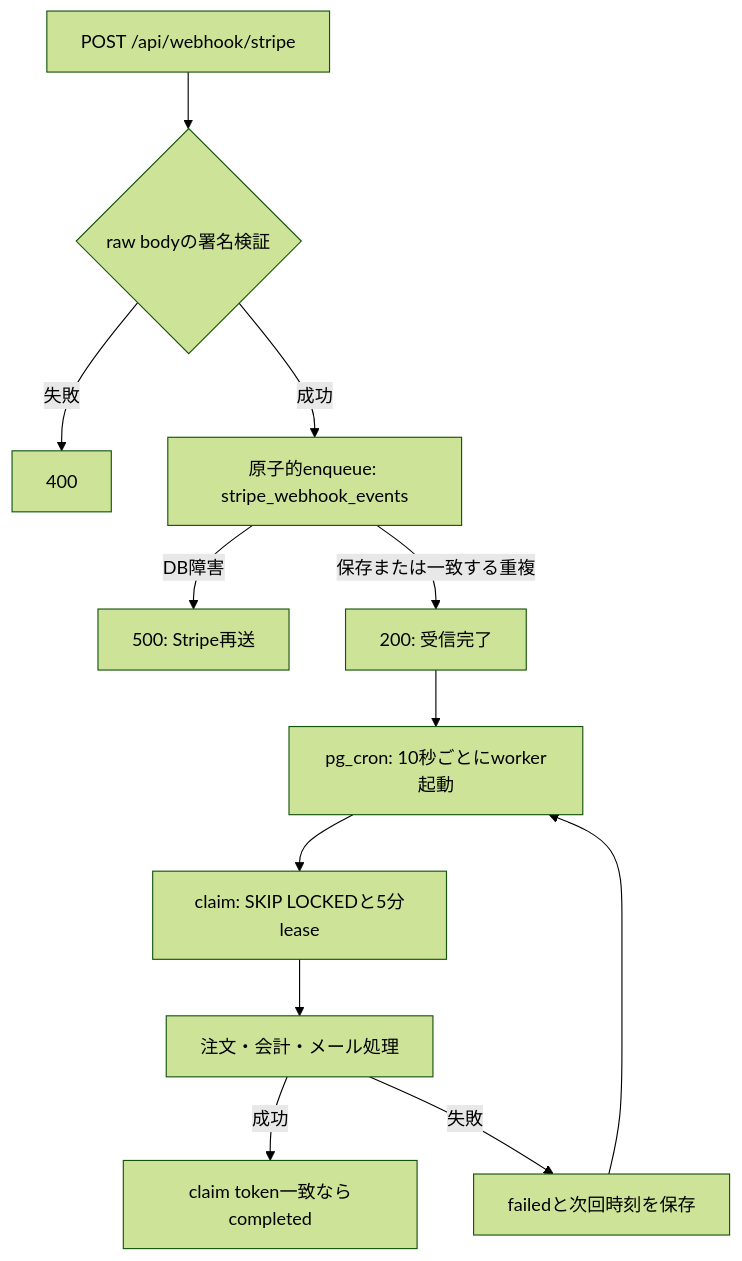
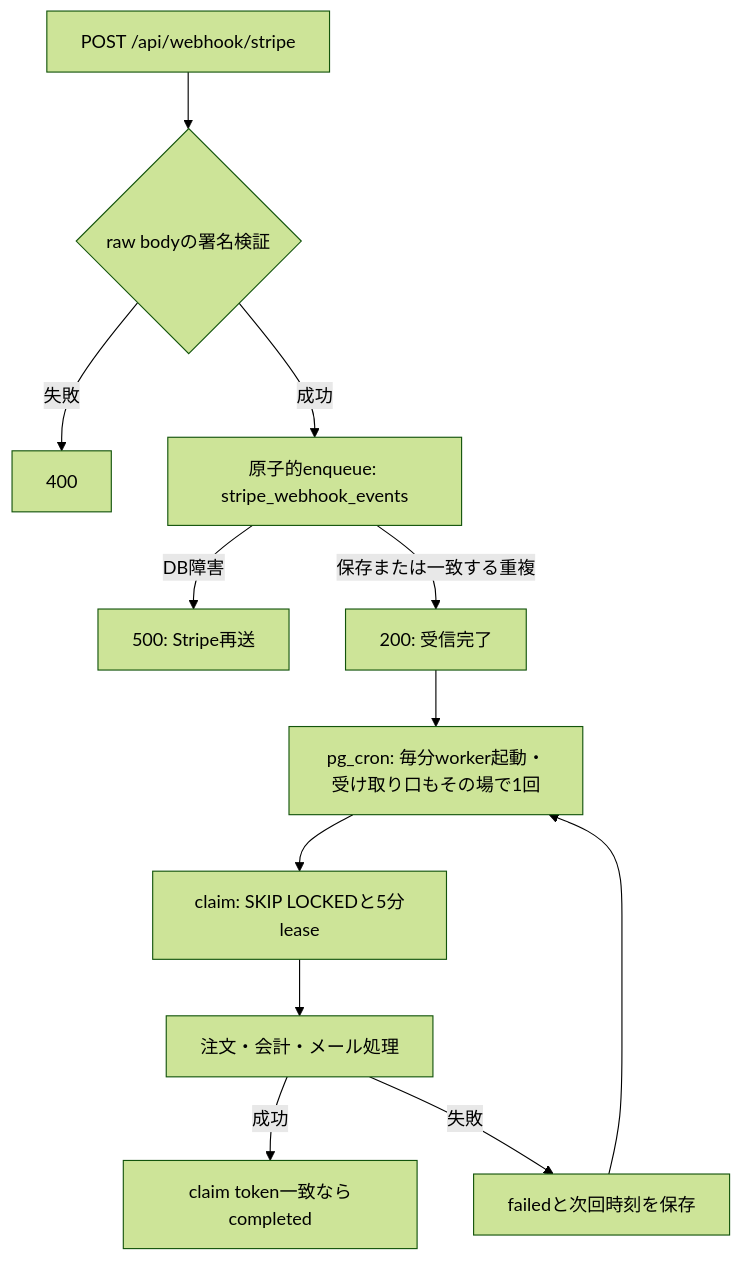
Before and after one commit to ChocoWork/o_official: the first of 3 diagrams in docs/04_DetailDesign/pages/13_checkout.md, drawn with Mermaid (forest theme). The commit also changed other lines of this file and 11 other files, not shown here.

````diff
--- a/docs/04_DetailDesign/pages/13_checkout.md
+++ b/docs/04_DetailDesign/pages/13_checkout.md
@@ -151,14 +151,14 @@
 ```mermaid
 flowchart TD
   A[POST /api/webhook/stripe] --> B{raw bodyの署名検証}
   B -- 失敗 --> C[400]
   B -- 成功 --> D[原子的enqueue: stripe_webhook_events]
   D -- DB障害 --> E[500: Stripe再送]
   D -- 保存または一致する重複 --> F[200: 受信完了]
-  F --> G[pg_cron: 10秒ごとにworker起動]
+  F --> G[pg_cron: 毎分worker起動・受け取り口もその場で1回]
   G --> H[claim: SKIP LOCKEDと5分lease]
   H --> I[注文・会計・メール処理]
   I -- 成功 --> J[claim token一致ならcompleted]
   I -- 失敗 --> K[failedと次回時刻を保存]
   K --> G
 ```
````
